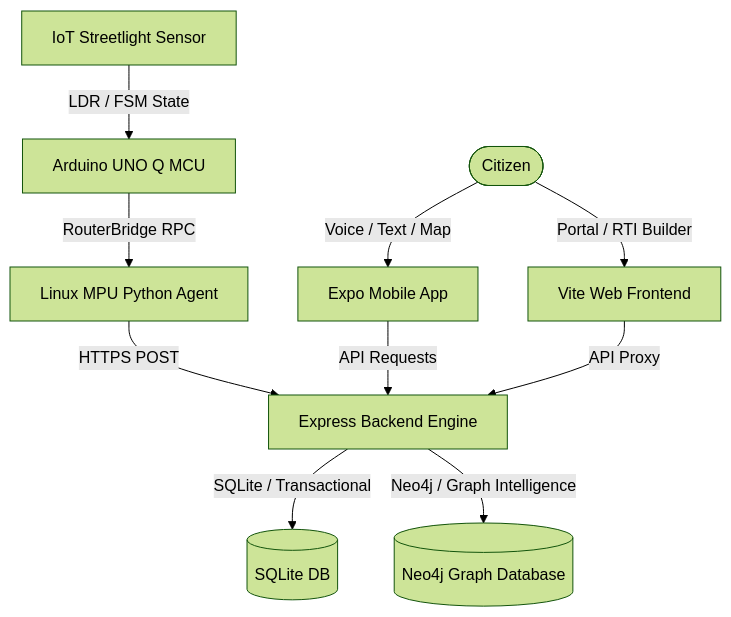
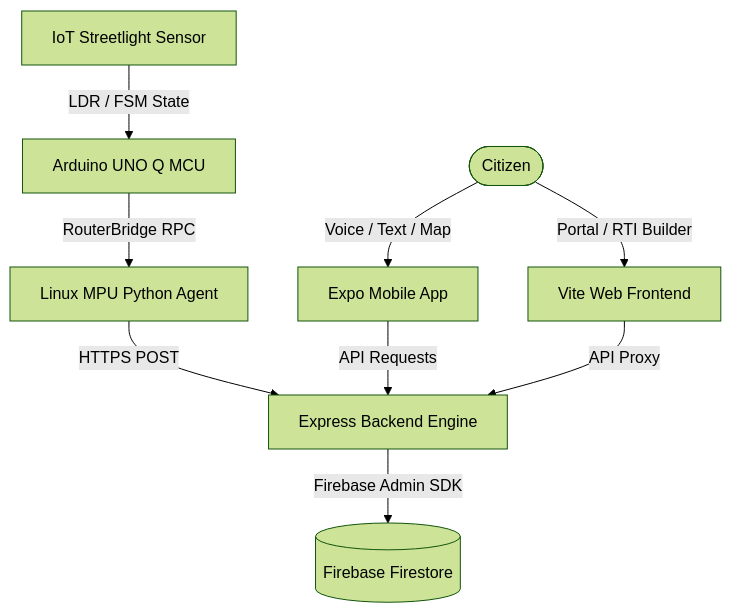
The diagram in README.md (PRIYANKA-NEGI-28/JANSETU-MULTIVERSE), drawn with Mermaid (forest theme) before and after one commit. The commit also changed other lines of this file, not shown here.

Commit message:
Replace Neo4j and SQLite database references with Firebase in README

````diff
--- a/README.md
+++ b/README.md
@@ -14,12 +14,11 @@
 ```mermaid
 graph TD
     Citizen([Citizen]) -->|Voice / Text / Map| Mobile[Expo Mobile App]
     Citizen -->|Portal / RTI Builder| Web[Vite Web Frontend]
     IoT[IoT Streetlight Sensor] -->|LDR / FSM State| Arduino[Arduino UNO Q MCU]
     Arduino -->|RouterBridge RPC| PythonAgent[Linux MPU Python Agent]
     PythonAgent -->|HTTPS POST| Backend[Express Backend Engine]
     Mobile -->|API Requests| Backend
     Web -->|API Proxy| Backend
-    Backend -->|SQLite / Transactional| DB_SQL[(SQLite DB)]
-    Backend -->|Neo4j / Graph Intelligence| DB_Graph[(Neo4j Graph Database)]
+    Backend -->|Firebase Admin SDK| DB_Firebase[(Firebase Firestore)]
 ```
````
